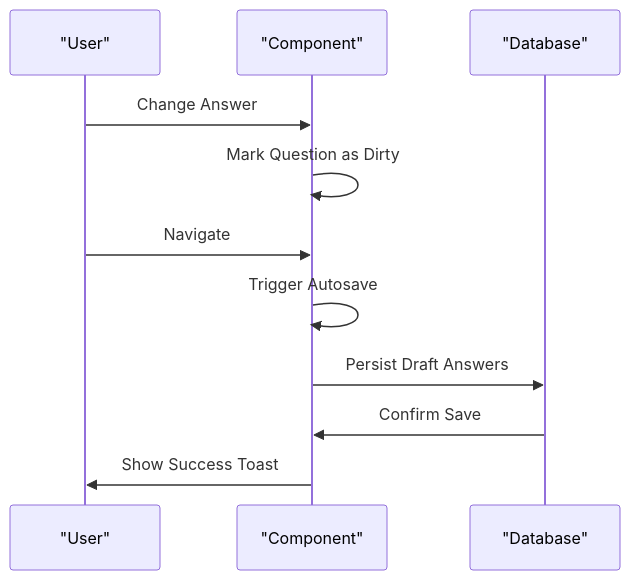
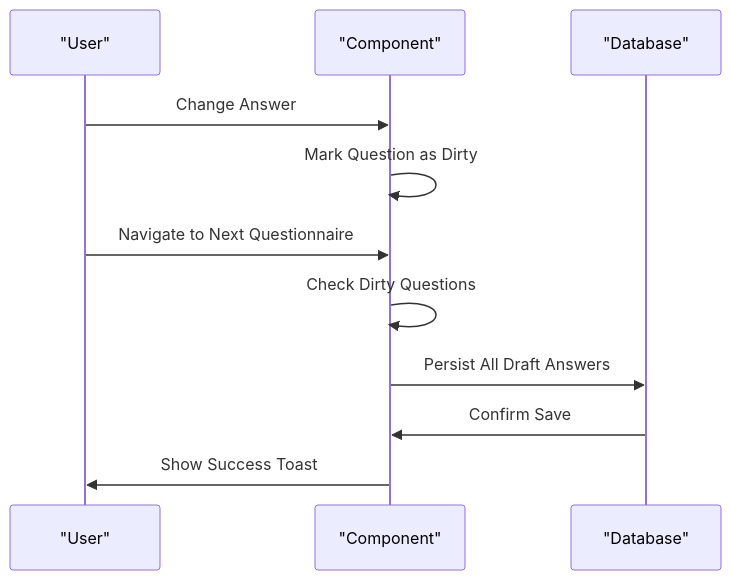
Before and after one commit to rudicatsmile/assesment360: the sixth of 8 diagrams in .qoder/repowiki/en/content/Core Features/Evaluation Workflows/Questionnaire Filling Interface.md, drawn with Mermaid. The commit also changed other lines of this file and 15 other files, not shown here.

````diff
--- a/.qoder/repowiki/en/content/Core Features/Evaluation Workflows/Questionnaire Filling Interface.md
+++ b/.qoder/repowiki/en/content/Core Features/Evaluation Workflows/Questionnaire Filling Interface.md
@@ -346,13 +335,13 @@
 ```mermaid
 sequenceDiagram
 participant U as "User"
 participant C as "Component"
 participant D as "Database"
 U->>C : Change Answer
 C->>C : Mark Question as Dirty
-U->>C : Navigate
-C->>C : Trigger Autosave
-C->>D : Persist Draft Answers
+U->>C : Navigate to Next Questionnaire
+C->>C : Check Dirty Questions
+C->>D : Persist All Draft Answers
 D->>C : Confirm Save
 C->>U : Show Success Toast
 ```
````
